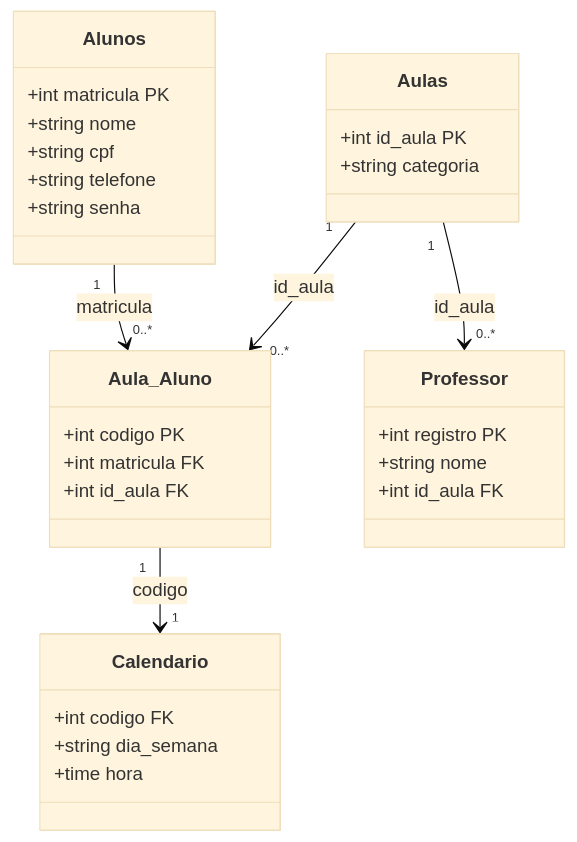
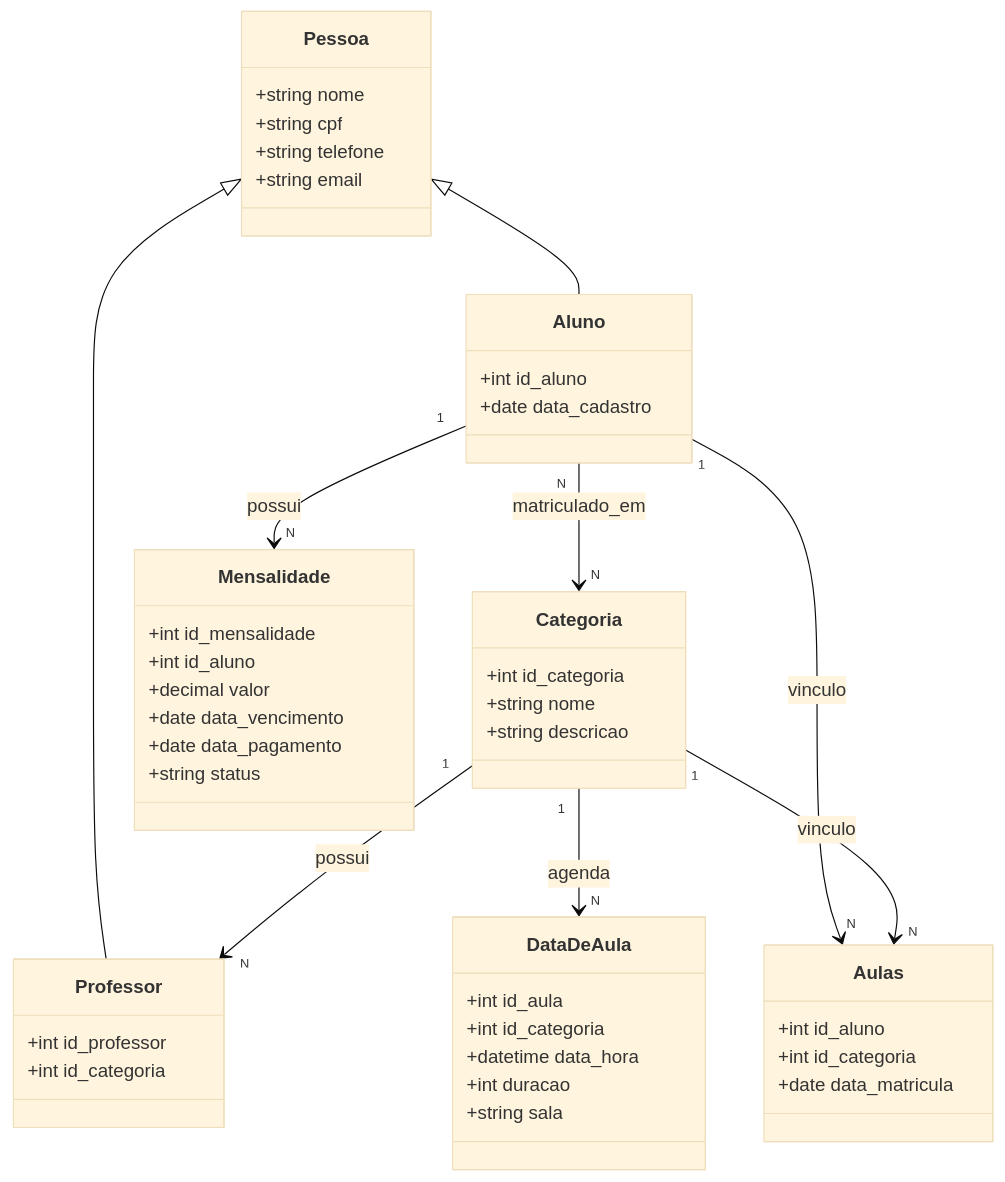
The diagram in README.md (Jr-Floripa/Academia), drawn with Mermaid (base theme) before and after one commit.

Commit message:
Update class diagram in Redme.MD

````diff
--- a/README.md
+++ b/README.md
@@ -38,46 +38,62 @@
 ```mermaid
 classDiagram
-%% ============================
-%%        ENTIDADES
-%% ============================
+    class Pessoa {
+        +string nome
+        +string cpf
+        +string telefone
+        +string email
+    }
 
-class Alunos {
-  +int matricula PK
-  +string nome
-  +string cpf
-  +string telefone
-  +string senha
-}
+    class Aluno {
+        +int id_aluno
+        +date data_cadastro
+    }
 
-class Aulas {
-  +int id_aula PK
-  +string categoria
-}
+    class Professor {
+        +int id_professor
+        +int id_categoria
+    }
 
-class Aula_Aluno {
-  +int codigo PK
-  +int matricula FK
-  +int id_aula FK
-}
+    class Categoria {
+        +int id_categoria
+        +string nome
+        +string descricao
+    }
 
-class Professor {
-  +int registro PK
-  +string nome
-  +int id_aula FK
-}
+    class DataDeAula {
+        +int id_aula
+        +int id_categoria
+        +datetime data_hora
+        +int duracao
+        +string sala
+    }
 
-class Calendario {
-  +int codigo FK
-  +string dia_semana
-  +time hora
-}
+    class Mensalidade {
+        +int id_mensalidade
+        +int id_aluno
+        +decimal valor
+        +date data_vencimento
+        +date data_pagamento
+        +string status
+    }
 
-%% ============================
-%%        RELACIONAMENTOS
-%% ============================
+    class Aulas {
+        +int id_aluno
+        +int id_categoria
+        +date data_matricula
+    }
 
-Alunos "1" --> "0..*" Aula_Aluno : matricula
-Aulas "1" --> "0..*" Aula_Aluno : id_aula
-Aulas "1" --> "0..*" Professor : id_aula
-Aula_Aluno "1" --> "1" Calendario : codigo
+    %% HERANÇA
+    Pessoa <|-- Aluno
+    Pessoa <|-- Professor
+
+    %% RELACIONAMENTOS
+    Aluno "1" --> "N" Mensalidade : possui
+    Aluno "N" --> "N" Categoria : matriculado_em
+    Aluno "1" --> "N" Aulas : vinculo
+
+    Categoria "1" --> "N" Professor : possui
+    Categoria "1" --> "N" DataDeAula : agenda
+    Categoria "1" --> "N" Aulas : vinculo
+
 ```
````
